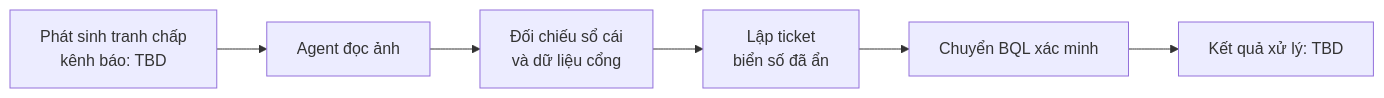
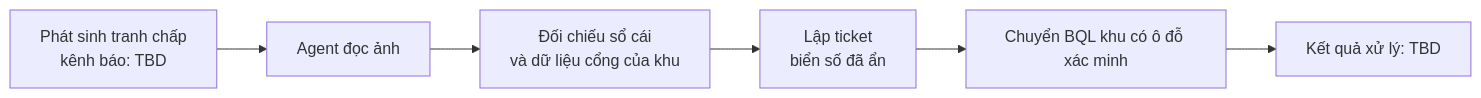
One commit to leewinie2104-lang/AITC-t-142 changed the fifth of 7 diagrams in docs/01-product/ux/user-flow.md. Above: the diagram before and after it, drawn with Mermaid. The commit also changed other lines of this file and 28 other files, not shown here.

Commit message:
docs: update docs/01-product, create documents in docs/02-architecture

````diff
--- a/docs/01-product/ux/user-flow.md
+++ b/docs/01-product/ux/user-flow.md
@@ -59,8 +78,8 @@
 ```mermaid
 flowchart LR
     A[Phát sinh tranh chấp<br/>kênh báo: TBD] --> B[Agent đọc ảnh]
-    B --> C[Đối chiếu sổ cái<br/>và dữ liệu cổng]
+    B --> C[Đối chiếu sổ cái<br/>và dữ liệu cổng của khu]
     C --> D[Lập ticket<br/>biển số đã ẩn]
-    D --> E[Chuyển BQL xác minh]
+    D --> E[Chuyển BQL khu có ô đỗ xác minh]
     E --> F[Kết quả xử lý: TBD]
 ```
````
